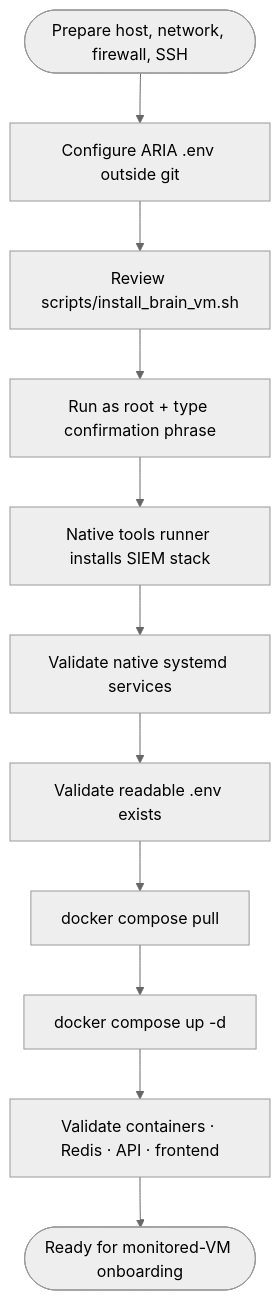
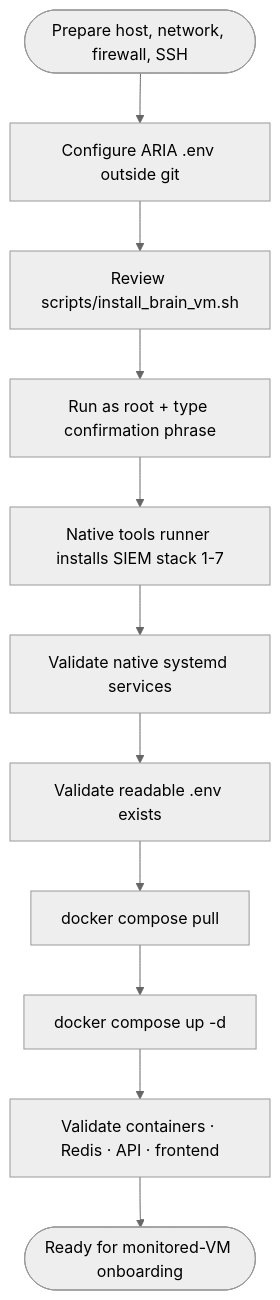
One commit to Ghazimabrouki/Aria-Project changed the first of 6 diagrams in README.md. Above: the diagram before and after it, drawn with Mermaid (neutral theme). The commit also changed other lines of this file and 3 other files, not shown here.

First line of the commit message:
feat(setup+docs): open ARIA ports in firewall, add telemetry & setup-order diagrams

````diff
--- a/README.md
+++ b/README.md
@@ -280,13 +344,13 @@
 ```mermaid
 flowchart TB
     A([Prepare host, network, firewall, SSH]) --> B[Configure ARIA .env outside git]
     B --> C[Review scripts/install_brain_vm.sh]
     C --> D[Run as root + type confirmation phrase]
-    D --> E[Native tools runner installs SIEM stack]
+    D --> E[Native tools runner installs SIEM stack 1-7]
     E --> F[Validate native systemd services]
     F --> G[Validate readable .env exists]
     G --> H[docker compose pull]
     H --> I[docker compose up -d]
     I --> J[Validate containers · Redis · API · frontend]
     J --> K([Ready for monitored-VM onboarding])
 ```
````
